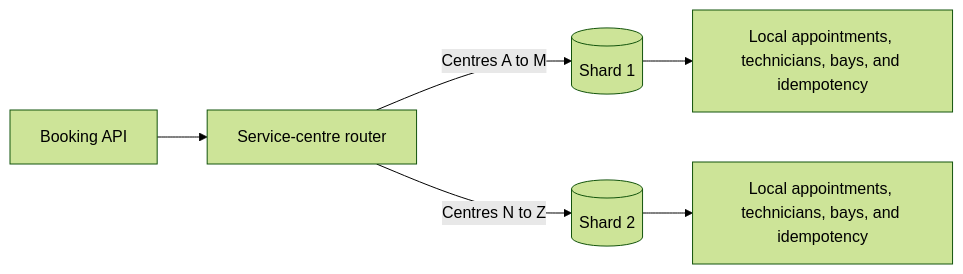
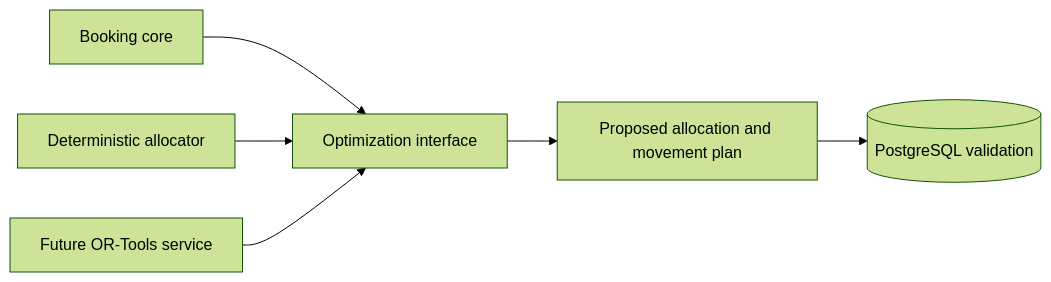
The sixth of 6 diagrams in docs/system-design.md (trmaphi/booking-scheduler), drawn with Mermaid (forest theme) before and after one commit. The commit also changed other lines of this file and 1 other file, not shown here.

Commit message:
docs: redesign system for fleet booking

````diff
--- a/docs/system-design.md
+++ b/docs/system-design.md
@@ -110,8 +183,8 @@
 ```mermaid
 flowchart LR
-    API[Booking API] --> Router[Service-centre router]
-    Router -->|Centres A to M| S1[(Shard 1)]
-    Router -->|Centres N to Z| S2[(Shard 2)]
-    S1 --> R1[Local appointments, technicians, bays, and idempotency]
-    S2 --> R2[Local appointments, technicians, bays, and idempotency]
+    Core[Booking core] --> Port[Optimization interface]
+    Simple[Deterministic allocator] --> Port
+    ORTools[Future OR-Tools service] --> Port
+    Port --> Plan[Proposed allocation and movement plan]
+    Plan --> DB[(PostgreSQL validation)]
 ```
````
